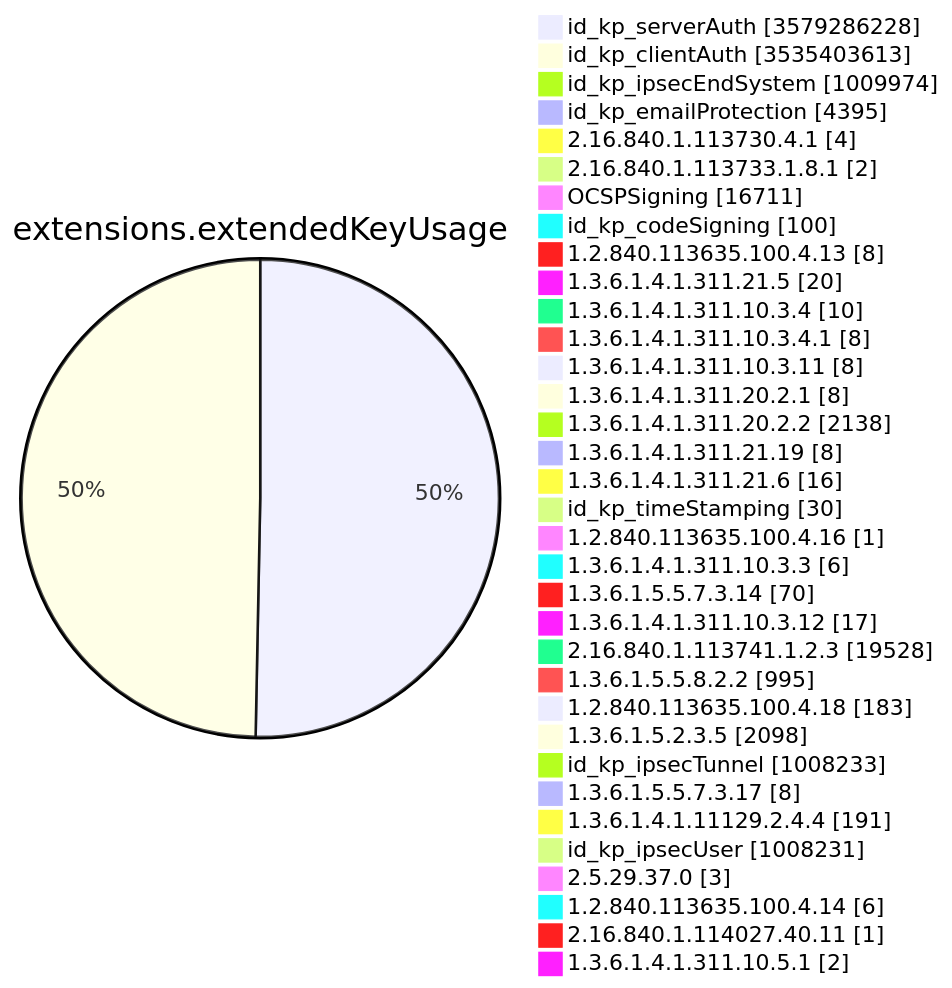
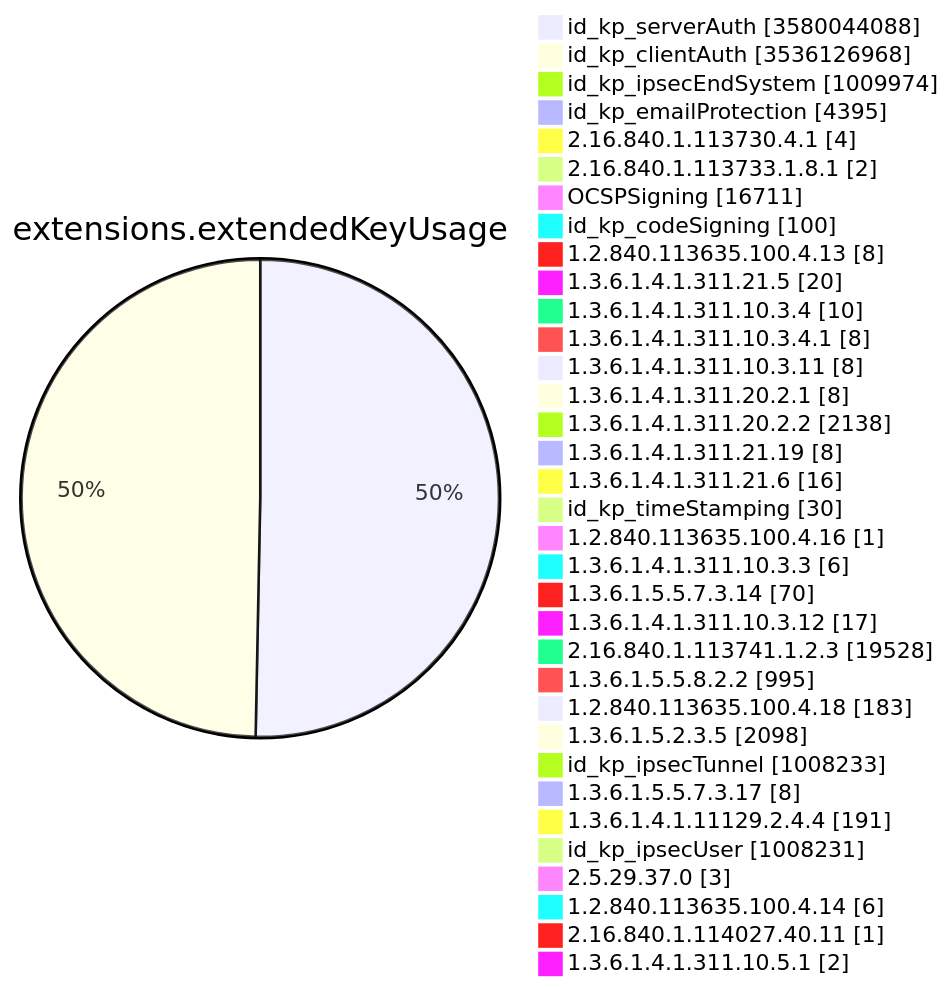
Before and after one commit to christiankrug/ctmonitor_visualization: diagram 11 of 15 in TOTAL/README.md, drawn with Mermaid. The commit also changed other lines of this file, not shown here.

````diff
--- a/TOTAL/README.md
+++ b/TOTAL/README.md
@@ -4128,38 +4128,38 @@
 ```mermaid
 pie showData
 title extensions.extendedKeyUsage
-"id_kp_serverAuth" :3579286228
-"id_kp_clientAuth" :3535403613
+"id_kp_serverAuth" :3580044088
+"id_kp_clientAuth" :3536126968
 "id_kp_ipsecEndSystem" :1009974
 "id_kp_emailProtection" :4395
 "2.16.840.1.113730.4.1" :4
 "2.16.840.1.113733.1.8.1" :2
 "OCSPSigning" :16711
 "id_kp_codeSigning" :100
 "1.2.840.113635.100.4.13" :8
 "1.3.6.1.4.1.311.21.5" :20
 "1.3.6.1.4.1.311.10.3.4" :10
 "1.3.6.1.4.1.311.10.3.4.1" :8
 "1.3.6.1.4.1.311.10.3.11" :8
 "1.3.6.1.4.1.311.20.2.1" :8
 "1.3.6.1.4.1.311.20.2.2" :2138
 "1.3.6.1.4.1.311.21.19" :8
 "1.3.6.1.4.1.311.21.6" :16
 "id_kp_timeStamping" :30
 "1.2.840.113635.100.4.16" :1
 "1.3.6.1.4.1.311.10.3.3" :6
 "1.3.6.1.5.5.7.3.14" :70
 "1.3.6.1.4.1.311.10.3.12" :17
 "2.16.840.1.113741.1.2.3" :19528
 "1.3.6.1.5.5.8.2.2" :995
 "1.2.840.113635.100.4.18" :183
 "1.3.6.1.5.2.3.5" :2098
 "id_kp_ipsecTunnel" :1008233
 "1.3.6.1.5.5.7.3.17" :8
 "1.3.6.1.4.1.11129.2.4.4" :191
 "id_kp_ipsecUser" :1008231
 "2.5.29.37.0" :3
 "1.2.840.113635.100.4.14" :6
 "2.16.840.1.114027.40.11" :1
 "1.3.6.1.4.1.311.10.5.1" :2
 ```
````
